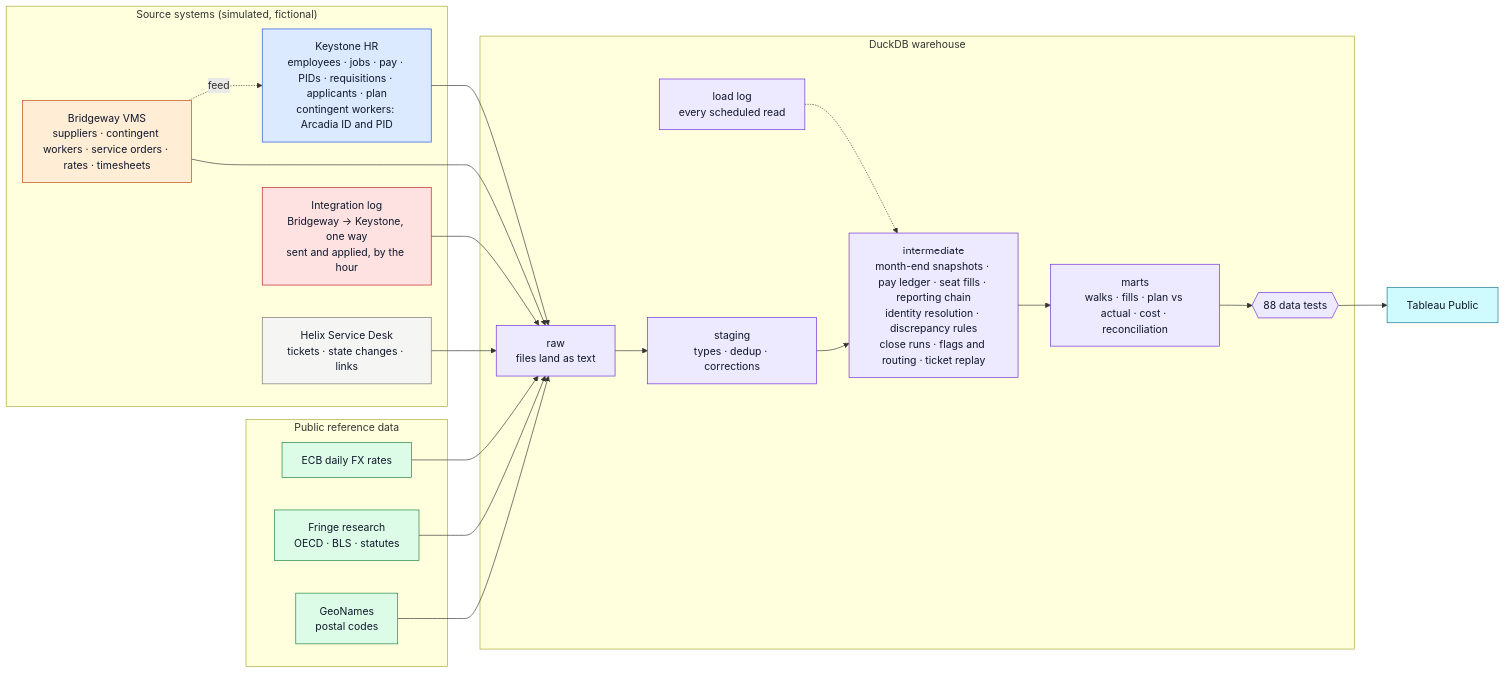
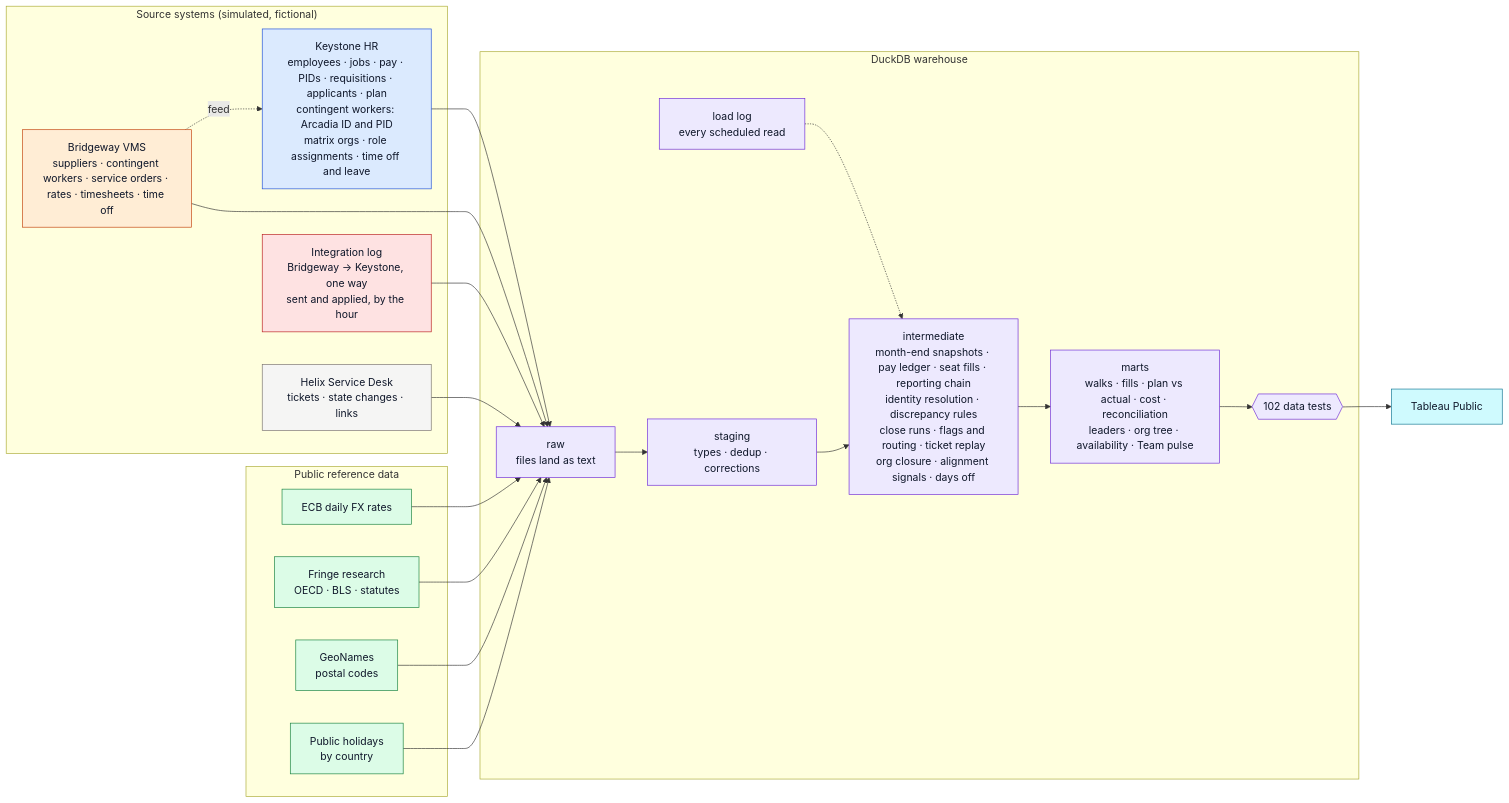
One commit to thialp/people-analytics-warehouse changed the third of 9 diagrams in README.md. Above: the diagram before and after it, drawn with Mermaid. The commit also changed other lines of this file and 89 other files, not shown here.

````diff
--- a/README.md
+++ b/README.md
@@ -157,48 +158,50 @@
 ```mermaid
 flowchart LR
     subgraph Sources["Source systems (simulated, fictional)"]
-        HR["Keystone HR<br/>employees · jobs · pay · PIDs · requisitions · applicants · plan<br/>contingent workers: Arcadia ID and PID"]
-        VMS["Bridgeway VMS<br/>suppliers · contingent workers · service orders · rates · timesheets"]
+        HR["Keystone HR<br/>employees · jobs · pay · PIDs · requisitions · applicants · plan<br/>contingent workers: Arcadia ID and PID<br/>matrix orgs · role assignments · time off and leave"]
+        VMS["Bridgeway VMS<br/>suppliers · contingent workers · service orders · rates · timesheets · time off"]
         FEED["Integration log<br/>Bridgeway → Keystone, one way<br/>sent and applied, by the hour"]
         HLX["Helix Service Desk<br/>tickets · state changes · links"]
     end
     subgraph Public["Public reference data"]
         ECB["ECB daily FX rates"]
         FRG["Fringe research<br/>OECD · BLS · statutes"]
         GEO["GeoNames<br/>postal codes"]
+        HOL["Public holidays<br/>by country"]
     end
     subgraph WH["DuckDB warehouse"]
         RAW["raw<br/>files land as text"]
         STG["staging<br/>types · dedup · corrections"]
-        INT["intermediate<br/>month-end snapshots · pay ledger · seat fills · reporting chain<br/>identity resolution · discrepancy rules<br/>close runs · flags and routing · ticket replay"]
+        INT["intermediate<br/>month-end snapshots · pay ledger · seat fills · reporting chain<br/>identity resolution · discrepancy rules<br/>close runs · flags and routing · ticket replay<br/>org closure · alignment signals · days off"]
         LOG["load log<br/>every scheduled read"]
-        MART["marts<br/>walks · fills · plan vs actual · cost · reconciliation"]
-        TEST{{"88 data tests"}}
+        MART["marts<br/>walks · fills · plan vs actual · cost · reconciliation<br/>leaders · org tree · availability · Team pulse"]
+        TEST{{"102 data tests"}}
     end
     TAB["Tableau Public"]
     VMS -. feed .-> HR
     HR --> RAW
     VMS --> RAW
     FEED --> RAW
     HLX --> RAW
     LOG -.-> INT
     ECB --> RAW
     FRG --> RAW
     GEO --> RAW
+    HOL --> RAW
     RAW --> STG --> INT --> MART --> TEST --> TAB
 
     classDef hr fill:#dbeafe,stroke:#1d4ed8,color:#0f172a
     classDef vms fill:#ffedd5,stroke:#c2410c,color:#0f172a
     classDef feed fill:#fee2e2,stroke:#b91c1c,color:#0f172a
     classDef pub fill:#dcfce7,stroke:#15803d,color:#0f172a
     classDef wh fill:#ede9fe,stroke:#6d28d9,color:#0f172a
     classDef dash fill:#cffafe,stroke:#0e7490,color:#0f172a
     classDef hlx fill:#f5f5f4,stroke:#78716c,color:#0f172a
     class HR hr
     class VMS vms
     class FEED feed
     class HLX hlx
-    class ECB,FRG,GEO pub
+    class ECB,FRG,GEO,HOL pub
     class RAW,STG,INT,MART,TEST,LOG wh
     class TAB dash
 ```
````
